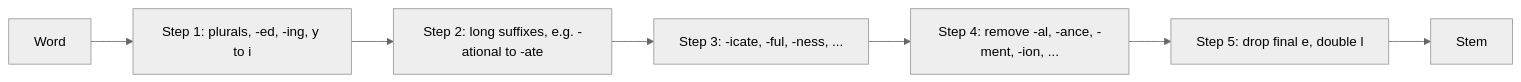
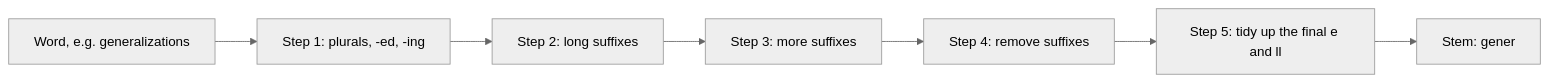
One commit to TrendySloth1001/sem-seven-notes changed the first of 3 diagrams in content/natural-language-processing/notes/porter-stemmer.mdx. Above: the diagram before and after it, drawn with Mermaid (neutral theme). The commit also changed other lines of this file and 406 other files, not shown here.

Commit message:
Rewrite all NLP notes and answers from the teachers' class files and add both class assignments with solutions. They cite only the class notes, solved PYQs, assignment solution and Module 6 slides, use 67 class figures, and drop the web references and Wikimedia images.

````diff
--- a/content/natural-language-processing/notes/porter-stemmer.mdx
+++ b/content/natural-language-processing/notes/porter-stemmer.mdx
@@ -101,10 +41,10 @@
 ```mermaid
-%% caption: The five steps of the Porter stemmer. A word goes through every step in order; each step may change it or leave it alone. Early steps deal with plurals and -ed/-ing; middle steps shorten long derivational endings; the last step tidies up.
+%% caption: The Porter stemmer in one picture. Rules from five steps are applied one after the other to cut the suffix, only when the condition on the stem is true.
 flowchart LR
-  W["Word"] --> S1["Step 1: plurals, -ed, -ing, y to i"]
-  S1 --> S2["Step 2: long suffixes, e.g. -ational to -ate"]
-  S2 --> S3["Step 3: -icate, -ful, -ness, ..."]
-  S3 --> S4["Step 4: remove -al, -ance, -ment, -ion, ..."]
-  S4 --> S5["Step 5: drop final e, double l"]
-  S5 --> R["Stem"]
+  A["Word, e.g. generalizations"] --> B["Step 1: plurals, -ed, -ing"]
+  B --> C["Step 2: long suffixes"]
+  C --> D["Step 3: more suffixes"]
+  D --> E["Step 4: remove suffixes"]
+  E --> F["Step 5: tidy up the final e and ll"]
+  F --> G["Stem: gener"]
 ```
````
